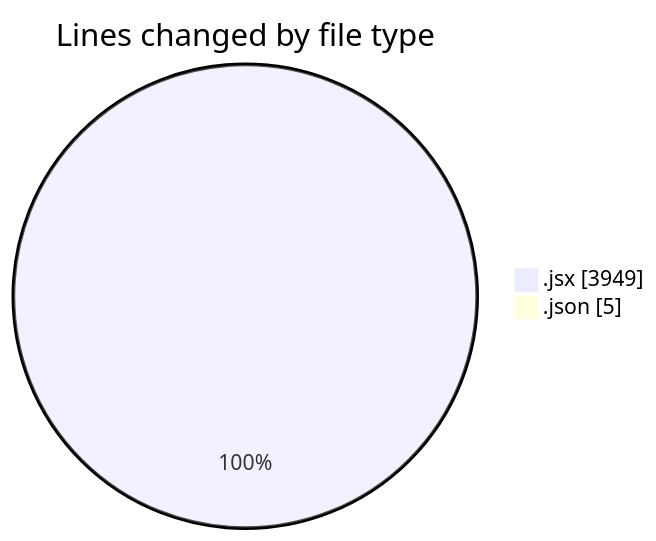
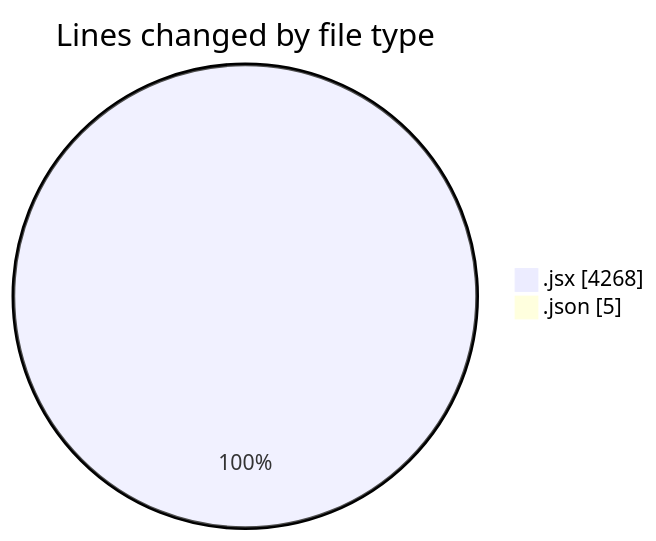
One commit to nxtqubesakshisongat/code-tracking changed the first of 2 diagrams in 2025-11-18/nxtqube_webapp/README.md. Above: the diagram before and after it, drawn with Mermaid. The commit also changed other lines of this file and 1 other file, not shown here.

````diff
--- a/2025-11-18/nxtqube_webapp/README.md
+++ b/2025-11-18/nxtqube_webapp/README.md
@@ -24,6 +25,6 @@
 ```mermaid
 pie showData
 title Lines changed by file type
-".jsx" : 3949
+".jsx" : 4268
 ".json" : 5
 ```
````
